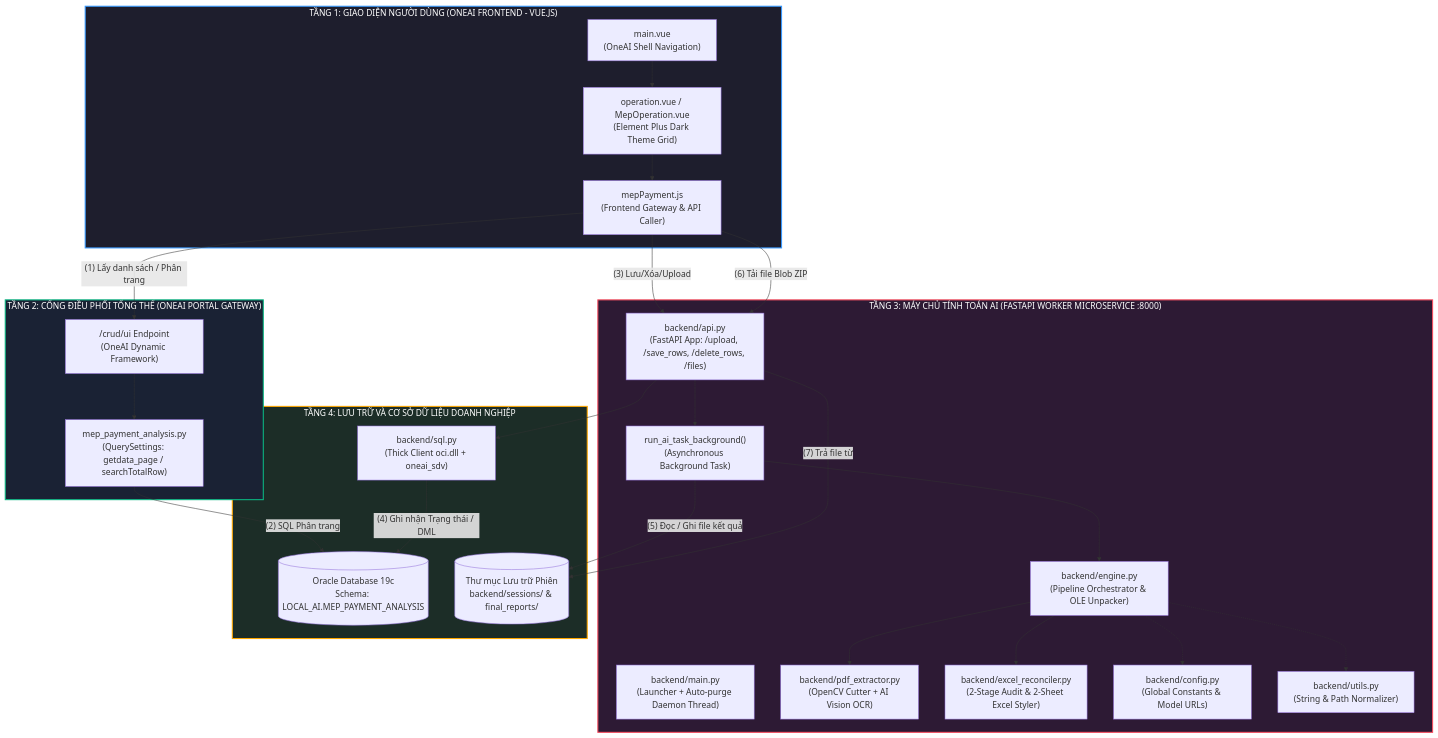
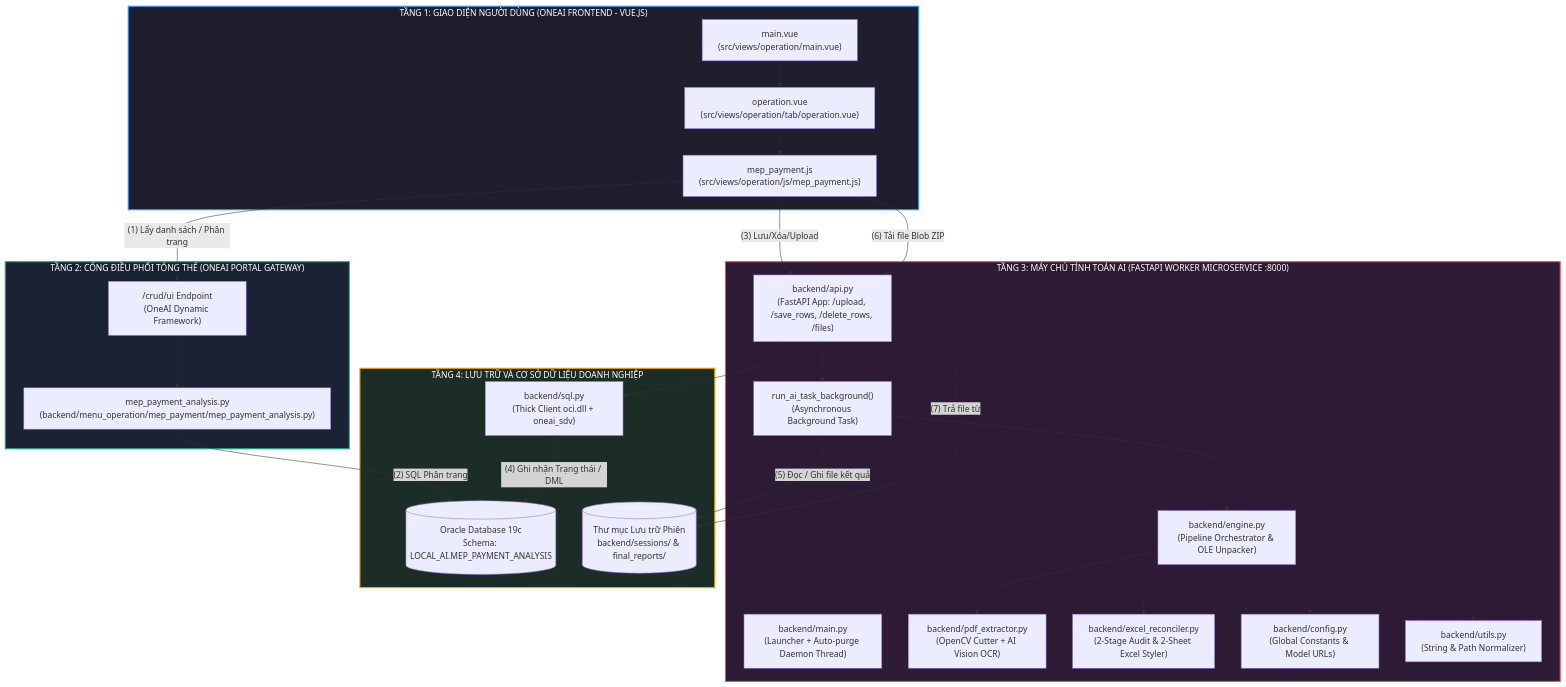
The diagram in docs/04_KIEN_TRUC_TOAN_CANH_VA_LUONG_DU_LIEU_CHI_TIET.md (HungVladimir/MEP_PDF), drawn with Mermaid before and after one commit. The commit also changed other lines of this file and 42 other files, not shown here.

````diff
--- a/docs/04_KIEN_TRUC_TOAN_CANH_VA_LUONG_DU_LIEU_CHI_TIET.md
+++ b/docs/04_KIEN_TRUC_TOAN_CANH_VA_LUONG_DU_LIEU_CHI_TIET.md
@@ -36,57 +36,57 @@
 ```mermaid
 graph TD
     subgraph TIER1["TẦNG 1: GIAO DIỆN NGƯỜI DÙNG (ONEAI FRONTEND - VUE.JS)"]
-        UI_MAIN["main.vue<br/>(OneAI Shell Navigation)"]
-        UI_TAB["operation.vue / MepOperation.vue<br/>(Element Plus Dark Theme Grid)"]
-        JS_API["mepPayment.js<br/>(Frontend Gateway & API Caller)"]
+        UI_MAIN["main.vue<br/>(src/views/operation/main.vue)"]
+        UI_TAB["operation.vue<br/>(src/views/operation/tab/operation.vue)"]
+        JS_API["mep_payment.js<br/>(src/views/operation/js/mep_payment.js)"]
         UI_MAIN --> UI_TAB
         UI_TAB --> JS_API
     end
 
     subgraph TIER2["TẦNG 2: CỔNG ĐIỀU PHỐI TỔNG THỂ (ONEAI PORTAL GATEWAY)"]
         GW_ROUTE["/crud/ui Endpoint<br/>(OneAI Dynamic Framework)"]
-        ONEAI_QUERY["mep_payment_analysis.py<br/>(QuerySettings: getdata_page / searchTotalRow)"]
+        ONEAI_QUERY["mep_payment_analysis.py<br/>(backend/menu_operation/mep_payment/mep_payment_analysis.py)"]
         GW_ROUTE --> ONEAI_QUERY
     end
 
     subgraph TIER3["TẦNG 3: MÁY CHỦ TÍNH TOÁN AI (FASTAPI WORKER MICROSERVICE :8000)"]
         API_APP["backend/api.py<br/>(FastAPI App: /upload, /save_rows, /delete_rows, /files)"]
         CLEANER["backend/main.py<br/>(Launcher + Auto-purge Daemon Thread)"]
         BG_TASK["run_ai_task_background()<br/>(Asynchronous Background Task)"]
         ENGINE["backend/engine.py<br/>(Pipeline Orchestrator & OLE Unpacker)"]
         EXTRACTOR["backend/pdf_extractor.py<br/>(OpenCV Cutter + AI Vision OCR)"]
         RECONCILER["backend/excel_reconciler.py<br/>(2-Stage Audit & 2-Sheet Excel Styler)"]
         CONFIG["backend/config.py<br/>(Global Constants & Model URLs)"]
         UTILS["backend/utils.py<br/>(String & Path Normalizer)"]
 
         API_APP --> BG_TASK
         BG_TASK --> ENGINE
         ENGINE --> EXTRACTOR
         ENGINE --> RECONCILER
         ENGINE -.-> CONFIG
         ENGINE -.-> UTILS
     end
 
     subgraph TIER4["TẦNG 4: LƯU TRỮ VÀ CƠ SỞ DỮ LIỆU DOANH NGHIỆP"]
         ORACLE_DB[("Oracle Database 19c<br/>Schema: LOCAL_AI.MEP_PAYMENT_ANALYSIS")]
         ORACLE_HELPER["backend/sql.py<br/>(Thick Client oci.dll + oneai_sdv)"]
         SESSION_DIR[("Thư mục Lưu trữ Phiên<br/>backend/sessions/ & final_reports/")]
     end
 
     %% Các luồng liên kết xuyên tầng
     JS_API -- "(1) Lấy danh sách / Phân trang" --> GW_ROUTE
     ONEAI_QUERY -- "(2) SQL Phân trang" --> ORACLE_DB
 
     JS_API -- "(3) Lưu/Xóa/Upload" --> API_APP
     API_APP --> ORACLE_HELPER
     ORACLE_HELPER -- "(4) Ghi nhận Trạng thái / DML" --> ORACLE_DB
 
     BG_TASK -- "(5) Đọc / Ghi file kết quả" --> SESSION_DIR
     JS_API -- "(6) Tải file Blob ZIP" --> API_APP
     API_APP -- "(7) Trả file từ" --> SESSION_DIR
 
     style TIER1 fill:#1e1e2d,stroke:#3699ff,stroke-width:2px,color:#fff
     style TIER2 fill:#1a2234,stroke:#0bb783,stroke-width:2px,color:#fff
     style TIER3 fill:#2d1a34,stroke:#f64e60,stroke-width:2px,color:#fff
     style TIER4 fill:#1c2d27,stroke:#ffa800,stroke-width:2px,color:#fff
 ```
````
